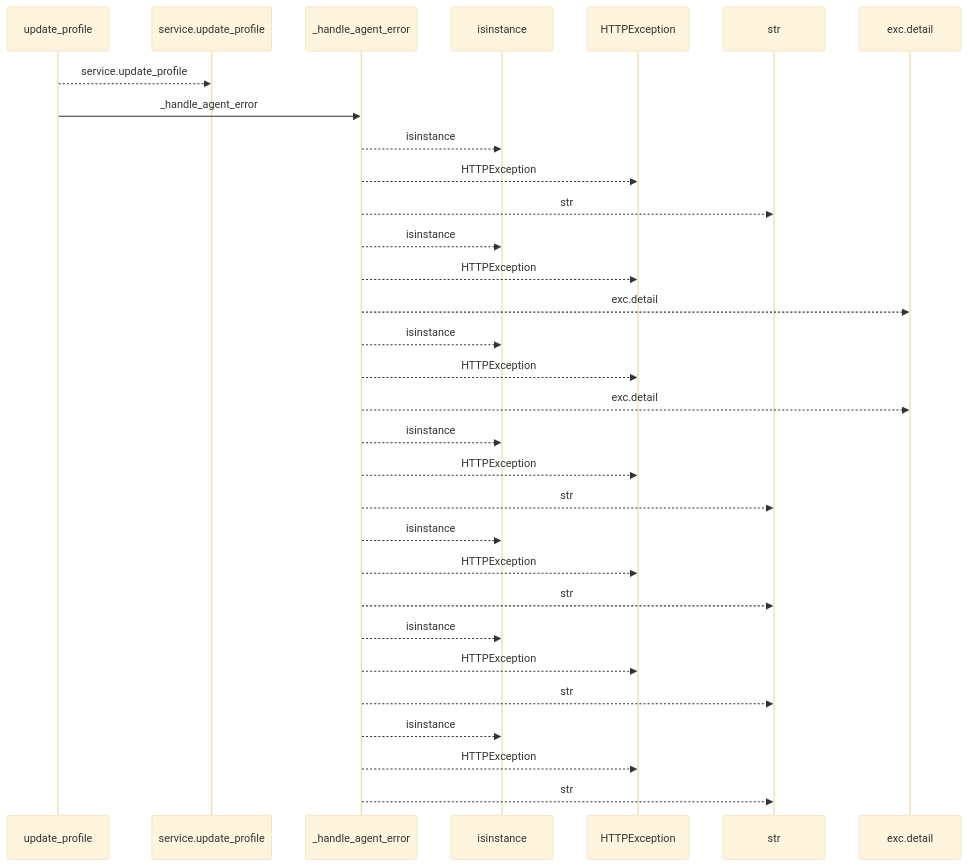
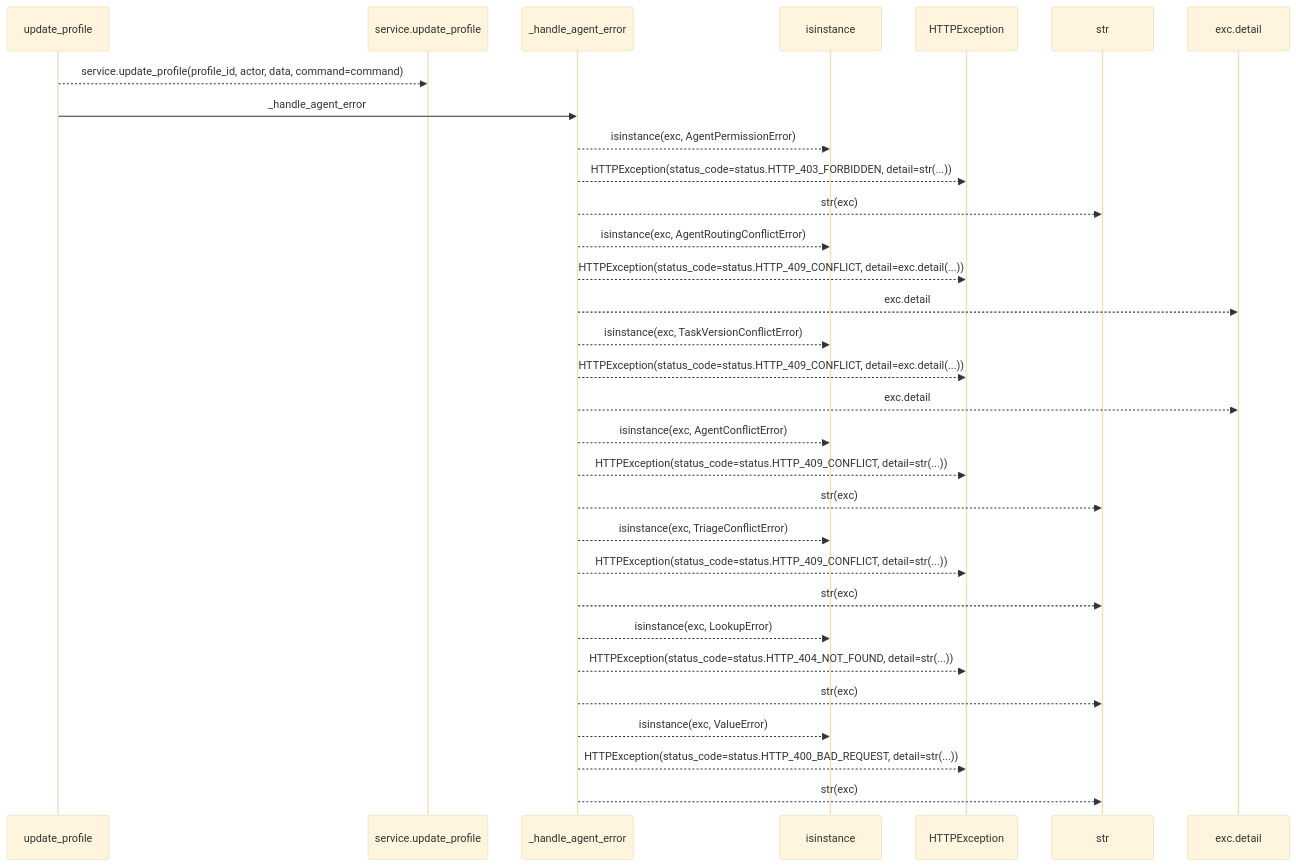
The first of 2 diagrams in docs/llm_wiki/flows/http-update_profile.md (Denissvgn/WorkChord), drawn with Mermaid (base theme) before and after one commit. The commit also changed other lines of this file and 25171 other files, not shown here.

````diff
--- a/docs/llm_wiki/flows/http-update_profile.md
+++ b/docs/llm_wiki/flows/http-update_profile.md
@@ -10,33 +12,33 @@
 ```mermaid
 sequenceDiagram
     participant p0 as update_profile
     participant p1 as service.update_profile
     participant p2 as _handle_agent_error
     participant p3 as isinstance
     participant p4 as HTTPException
     participant p5 as str
     participant p6 as exc.detail
-    p0-->>p1: service.update_profile
+    p0-->>p1: service.update_profile(profile_id, actor, data, command=command)
     p0->>p2: _handle_agent_error
-    p2-->>p3: isinstance
-    p2-->>p4: HTTPException
-    p2-->>p5: str
-    p2-->>p3: isinstance
-    p2-->>p4: HTTPException
+    p2-->>p3: isinstance(exc, AgentPermissionError)
+    p2-->>p4: HTTPException(status_code=status.HTTP_403_FORBIDDEN, detail=str(...))
+    p2-->>p5: str(exc)
+    p2-->>p3: isinstance(exc, AgentRoutingConflictError)
+    p2-->>p4: HTTPException(status_code=status.HTTP_409_CONFLICT, detail=exc.detail(...))
     p2-->>p6: exc.detail
-    p2-->>p3: isinstance
-    p2-->>p4: HTTPException
+    p2-->>p3: isinstance(exc, TaskVersionConflictError)
+    p2-->>p4: HTTPException(status_code=status.HTTP_409_CONFLICT, detail=exc.detail(...))
     p2-->>p6: exc.detail
-    p2-->>p3: isinstance
-    p2-->>p4: HTTPException
-    p2-->>p5: str
-    p2-->>p3: isinstance
-    p2-->>p4: HTTPException
-    p2-->>p5: str
-    p2-->>p3: isinstance
-    p2-->>p4: HTTPException
-    p2-->>p5: str
-    p2-->>p3: isinstance
-    p2-->>p4: HTTPException
-    p2-->>p5: str
+    p2-->>p3: isinstance(exc, AgentConflictError)
+    p2-->>p4: HTTPException(status_code=status.HTTP_409_CONFLICT, detail=str(...))
+    p2-->>p5: str(exc)
+    p2-->>p3: isinstance(exc, TriageConflictError)
+    p2-->>p4: HTTPException(status_code=status.HTTP_409_CONFLICT, detail=str(...))
+    p2-->>p5: str(exc)
+    p2-->>p3: isinstance(exc, LookupError)
+    p2-->>p4: HTTPException(status_code=status.HTTP_404_NOT_FOUND, detail=str(...))
+    p2-->>p5: str(exc)
+    p2-->>p3: isinstance(exc, ValueError)
+    p2-->>p4: HTTPException(status_code=status.HTTP_400_BAD_REQUEST, detail=str(...))
+    p2-->>p5: str(exc)
 ```
````
